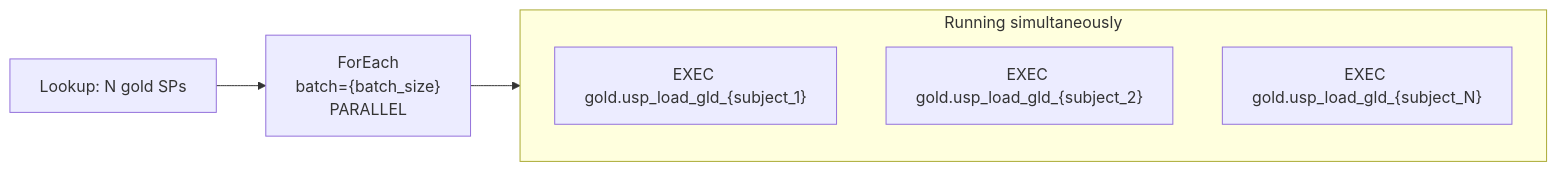
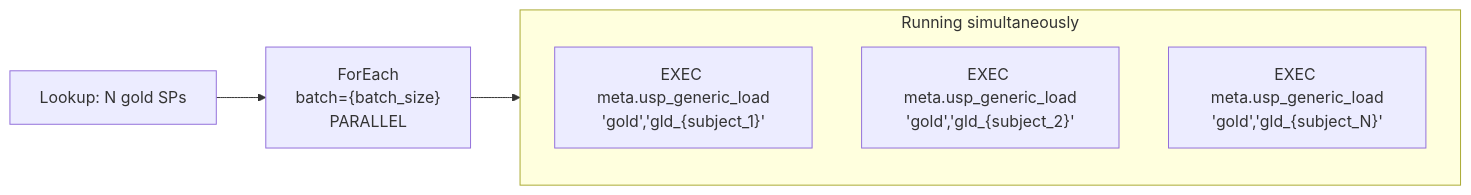
The fifth of 9 diagrams in Fabric_Architect/template_pipeline_guide.md (ankinguyen-engineer-2002/Fabric-v9-Warehouse-Medallion), drawn with Mermaid before and after one commit. The commit also changed other lines of this file and 7 other files, not shown here.

First line of the commit message:
Generic SP migration: 28 per-table SPs → 1 meta.usp_generic_load

````diff
--- a/Fabric_Architect/template_pipeline_guide.md
+++ b/Fabric_Architect/template_pipeline_guide.md
@@ -251,13 +252,13 @@
 ```mermaid
 flowchart LR
     L["Lookup: N gold SPs"]
     F["ForEach\nbatch={batch_size}\nPARALLEL"]
 
     subgraph Parallel["Running simultaneously"]
-        SP1["EXEC gold.usp_load_gld_{subject_1}"]
-        SP2["EXEC gold.usp_load_gld_{subject_2}"]
-        SPN["EXEC gold.usp_load_gld_{subject_N}"]
+        SP1["EXEC meta.usp_generic_load\n'gold','gld_{subject_1}'"]
+        SP2["EXEC meta.usp_generic_load\n'gold','gld_{subject_2}'"]
+        SPN["EXEC meta.usp_generic_load\n'gold','gld_{subject_N}'"]
     end
 
     L --> F --> Parallel
 ```
````
